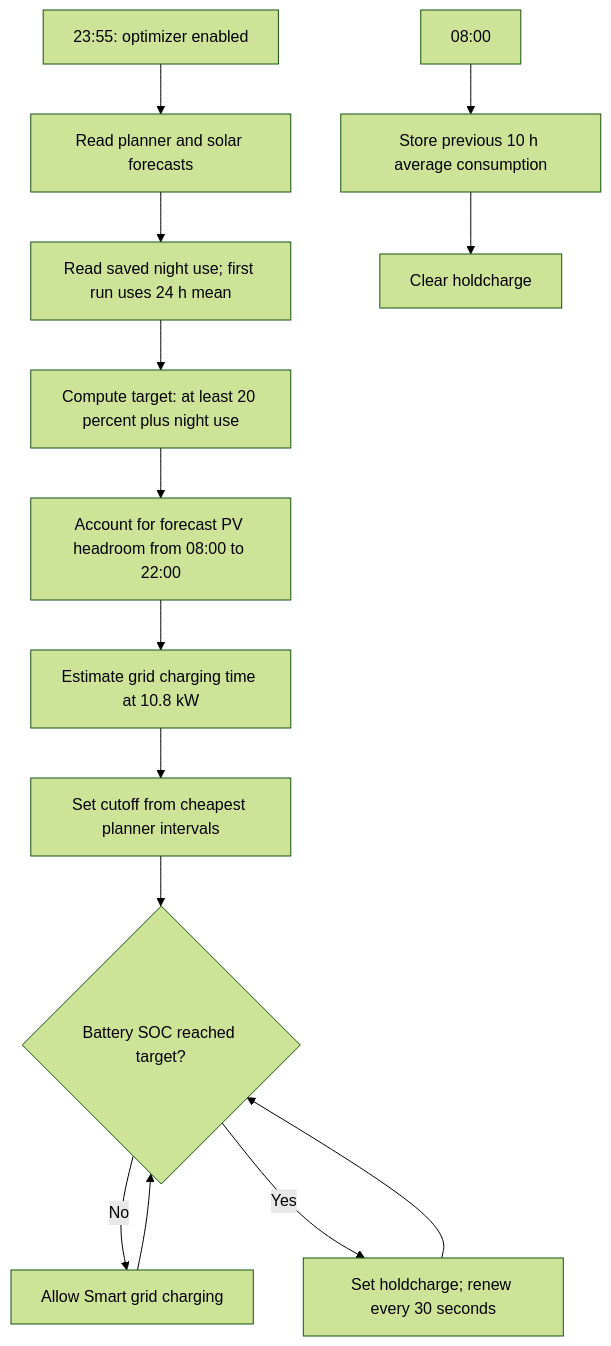
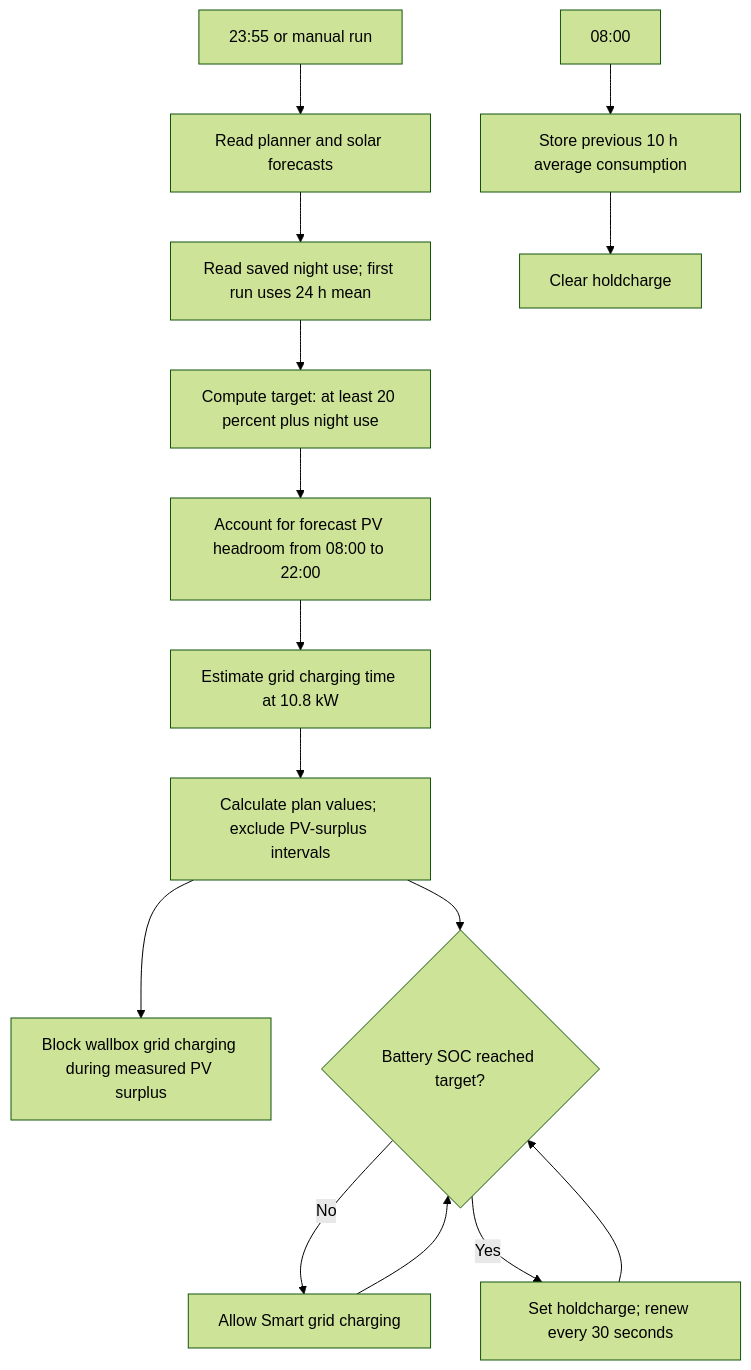
The diagram in home-assistant/evcc/EVCC_PREISOPTIMIERUNG.en.md (synb10se/docs), drawn with Mermaid (forest theme) before and after one commit. The commit also changed other lines of this file and 1 other file, not shown here.

````diff
--- a/home-assistant/evcc/EVCC_PREISOPTIMIERUNG.en.md
+++ b/home-assistant/evcc/EVCC_PREISOPTIMIERUNG.en.md
@@ -41,16 +44,17 @@
 ```mermaid
 flowchart TD
-    A[23:55: optimizer enabled] --> B[Read planner and solar forecasts]
+    A[23:55 or manual run] --> B[Read planner and solar forecasts]
     B --> C[Read saved night use; first run uses 24 h mean]
     C --> D[Compute target: at least 20 percent plus night use]
     D --> E[Account for forecast PV headroom from 08:00 to 22:00]
     E --> F[Estimate grid charging time at 10.8 kW]
-    F --> G[Set cutoff from cheapest planner intervals]
+    F --> G[Calculate plan values; exclude PV-surplus intervals]
+    G --> N[Block wallbox grid charging during measured PV surplus]
     G --> H{Battery SOC reached target?}
     H -- No --> I[Allow Smart grid charging]
     H -- Yes --> J[Set holdcharge; renew every 30 seconds]
     I --> H
     J --> H
     K[08:00] --> L[Store previous 10 h average consumption]
     L --> M[Clear holdcharge]
 ```
````
